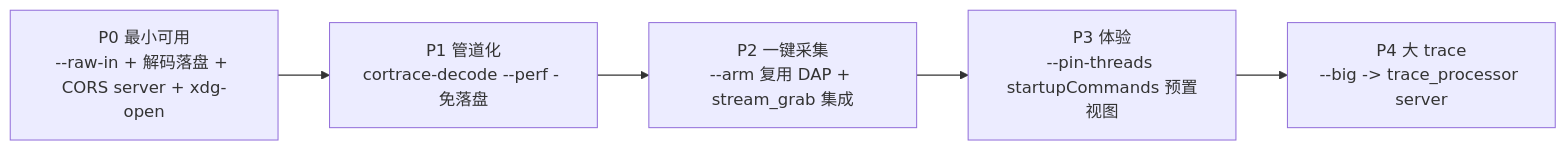
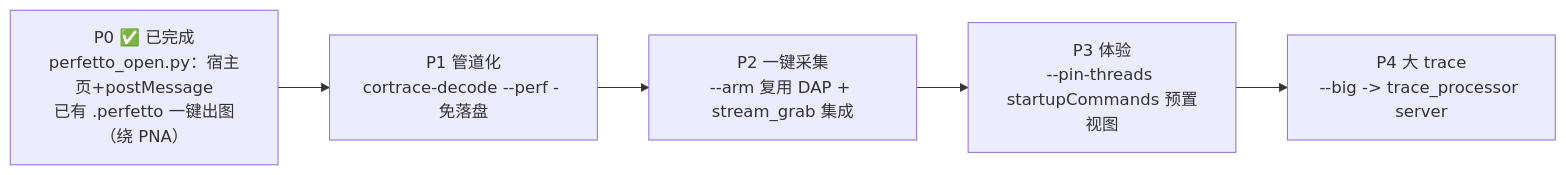
The sixth of 6 diagrams in docs/01-perfetto-live-bridge.md (FASTSHIFT/cortrace), drawn with Mermaid before and after one commit. The commit also changed other lines of this file and 1 other file, not shown here.

First line of the commit message:
feat: one-click Perfetto open via local host page and postMessage

````diff
--- a/docs/01-perfetto-live-bridge.md
+++ b/docs/01-perfetto-live-bridge.md
@@ -239,9 +271,9 @@
 ```mermaid
 flowchart LR
-    P0["P0 最小可用<br>--raw-in + 解码落盘 + CORS server + xdg-open"]
+    P0["P0 ✅ 已完成<br>perfetto_open.py：宿主页+postMessage<br>已有 .perfetto 一键出图（绕 PNA）"]
     P1["P1 管道化<br>cortrace-decode --perf - 免落盘"]
     P2["P2 一键采集<br>--arm 复用 DAP + stream_grab 集成"]
     P3["P3 体验<br>--pin-threads startupCommands 预置视图"]
     P4["P4 大 trace<br>--big -> trace_processor server"]
     P0 --> P1 --> P2 --> P3 --> P4
 ```
````
